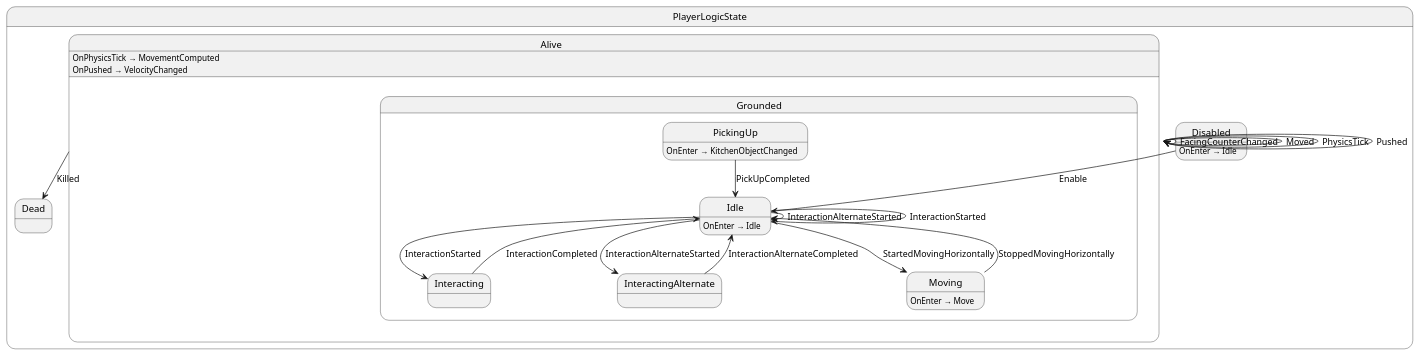
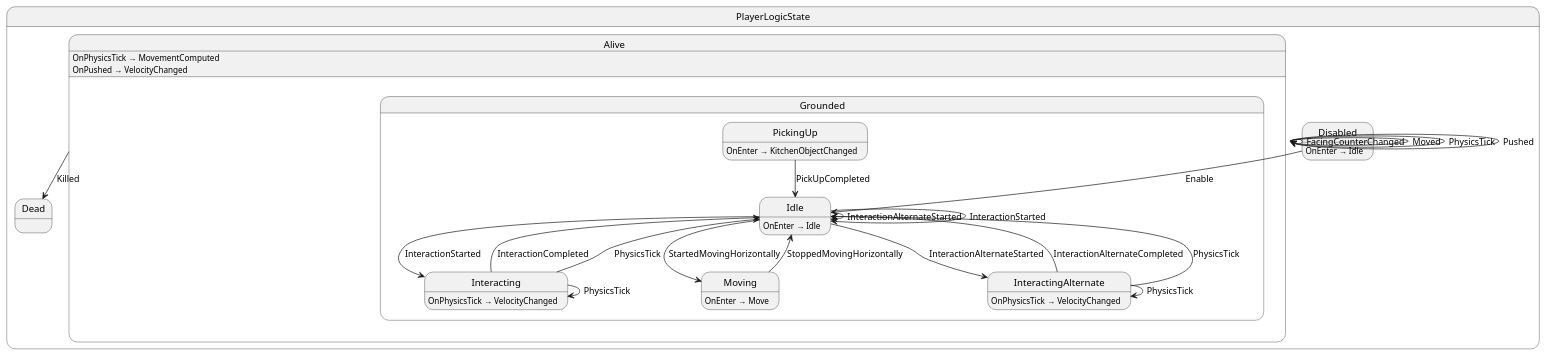
Before and after one commit to MaymeJetsoft/KitchenChaos: the diagram in src/player/state/PlayerLogicState.g.puml, drawn with PlantUML. The commit also changed 5 other files, not shown here.

```diff
--- a/src/player/state/PlayerLogicState.g.puml
+++ b/src/player/state/PlayerLogicState.g.puml
@@ -1,38 +1,44 @@
 @startuml PlayerLogicState
 state "PlayerLogicState" as KitchenChaos_PlayerLogicState {
   state "Alive" as KitchenChaos_PlayerLogicState_Alive {
     state "Grounded" as KitchenChaos_PlayerLogicState_Grounded {
       state "Idle" as KitchenChaos_PlayerLogicState_Idle
       state "Interacting" as KitchenChaos_PlayerLogicState_Interacting
       state "InteractingAlternate" as KitchenChaos_PlayerLogicState_InteractingAlternate
       state "Moving" as KitchenChaos_PlayerLogicState_Moving
       state "PickingUp" as KitchenChaos_PlayerLogicState_PickingUp
     }
   }
   state "Dead" as KitchenChaos_PlayerLogicState_Dead
   state "Disabled" as KitchenChaos_PlayerLogicState_Disabled
 }
 
 KitchenChaos_PlayerLogicState_Alive --> KitchenChaos_PlayerLogicState_Alive : FacingCounterChanged
 KitchenChaos_PlayerLogicState_Alive --> KitchenChaos_PlayerLogicState_Alive : Moved
 KitchenChaos_PlayerLogicState_Alive --> KitchenChaos_PlayerLogicState_Alive : PhysicsTick
 KitchenChaos_PlayerLogicState_Alive --> KitchenChaos_PlayerLogicState_Alive : Pushed
 KitchenChaos_PlayerLogicState_Alive --> KitchenChaos_PlayerLogicState_Dead : Killed
 KitchenChaos_PlayerLogicState_Disabled --> KitchenChaos_PlayerLogicState_Idle : Enable
 KitchenChaos_PlayerLogicState_Idle --> KitchenChaos_PlayerLogicState_Idle : InteractionAlternateStarted
 KitchenChaos_PlayerLogicState_Idle --> KitchenChaos_PlayerLogicState_Idle : InteractionStarted
 KitchenChaos_PlayerLogicState_Idle --> KitchenChaos_PlayerLogicState_Interacting : InteractionStarted
 KitchenChaos_PlayerLogicState_Idle --> KitchenChaos_PlayerLogicState_InteractingAlternate : InteractionAlternateStarted
 KitchenChaos_PlayerLogicState_Idle --> KitchenChaos_PlayerLogicState_Moving : StartedMovingHorizontally
 KitchenChaos_PlayerLogicState_Interacting --> KitchenChaos_PlayerLogicState_Idle : InteractionCompleted
+KitchenChaos_PlayerLogicState_Interacting --> KitchenChaos_PlayerLogicState_Idle : PhysicsTick
+KitchenChaos_PlayerLogicState_Interacting --> KitchenChaos_PlayerLogicState_Interacting : PhysicsTick
 KitchenChaos_PlayerLogicState_InteractingAlternate --> KitchenChaos_PlayerLogicState_Idle : InteractionAlternateCompleted
+KitchenChaos_PlayerLogicState_InteractingAlternate --> KitchenChaos_PlayerLogicState_Idle : PhysicsTick
+KitchenChaos_PlayerLogicState_InteractingAlternate --> KitchenChaos_PlayerLogicState_InteractingAlternate : PhysicsTick
 KitchenChaos_PlayerLogicState_Moving --> KitchenChaos_PlayerLogicState_Idle : StoppedMovingHorizontally
 KitchenChaos_PlayerLogicState_PickingUp --> KitchenChaos_PlayerLogicState_Idle : PickUpCompleted
 
 KitchenChaos_PlayerLogicState_Alive : OnPhysicsTick → MovementComputed
 KitchenChaos_PlayerLogicState_Alive : OnPushed → VelocityChanged
 KitchenChaos_PlayerLogicState_Disabled : OnEnter → Idle
 KitchenChaos_PlayerLogicState_Idle : OnEnter → Idle
+KitchenChaos_PlayerLogicState_Interacting : OnPhysicsTick → VelocityChanged
+KitchenChaos_PlayerLogicState_InteractingAlternate : OnPhysicsTick → VelocityChanged
 KitchenChaos_PlayerLogicState_Moving : OnEnter → Move
 KitchenChaos_PlayerLogicState_PickingUp : OnEnter → KitchenObjectChanged
 @enduml
```
